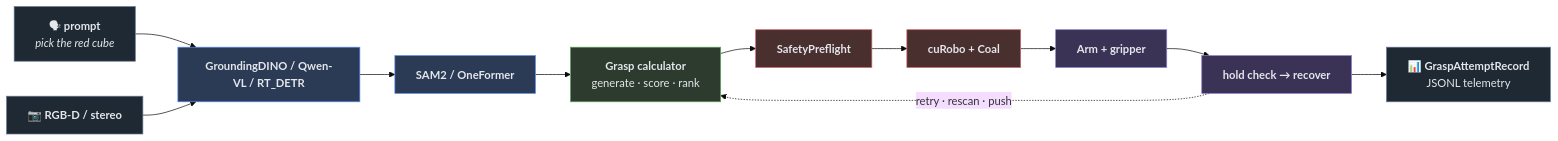
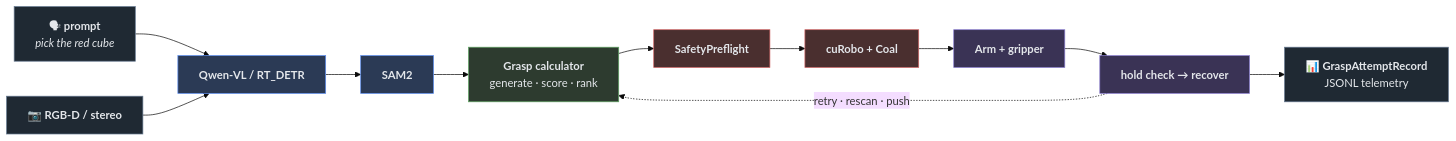
One commit to ManterJochen/Workaholic-Willy changed the first of 2 diagrams in README.md. Above: the diagram before and after it, drawn with Mermaid (base theme). The commit also changed other lines of this file and 1383 other files, not shown here.

````diff
--- a/README.md
+++ b/README.md
@@ -34,23 +34,23 @@
 ```mermaid
 flowchart LR
     P["🗣 <b>prompt</b><br/><i>pick the red cube</i>"]:::io
     C["📷 <b>RGB-D / stereo</b>"]:::io
-    D["<b>GroundingDINO / Qwen-VL / RT_DETR</b><br/>"]:::perc
-    S["<b>SAM2 / OneFormer</b><br/>"]:::perc
+    D["<b>Qwen-VL / RT_DETR</b><br/>"]:::perc
+    S["<b>SAM2</b><br/>"]:::perc
     G["<b>Grasp calculator</b><br/>generate · score · rank"]:::grasp
     F["<b>SafetyPreflight</b><br/>"]:::safe
     M["<b>cuRobo + Coal</b><br/>"]:::safe
     E["<b>Arm + gripper</b><br/>"]:::exe
     V["<b>hold check → recover</b>"]:::exe
     L["📊 <b>GraspAttemptRecord</b><br/>JSONL telemetry"]:::io
 
     P --> D
     C --> D --> S --> G --> F --> M --> E --> V --> L
     V -.->|"retry · rescan · push"| G
 
     classDef io    fill:#1f2933,stroke:#63768d,color:#e4e7eb
     classDef perc  fill:#2b3a55,stroke:#5b8def,color:#e4e7eb
     classDef grasp fill:#2d3b2f,stroke:#5fa463,color:#e4e7eb
     classDef safe  fill:#4a2f2f,stroke:#d16565,color:#e4e7eb
     classDef exe   fill:#3a3355,stroke:#8b7fd1,color:#e4e7eb
 ```
````
